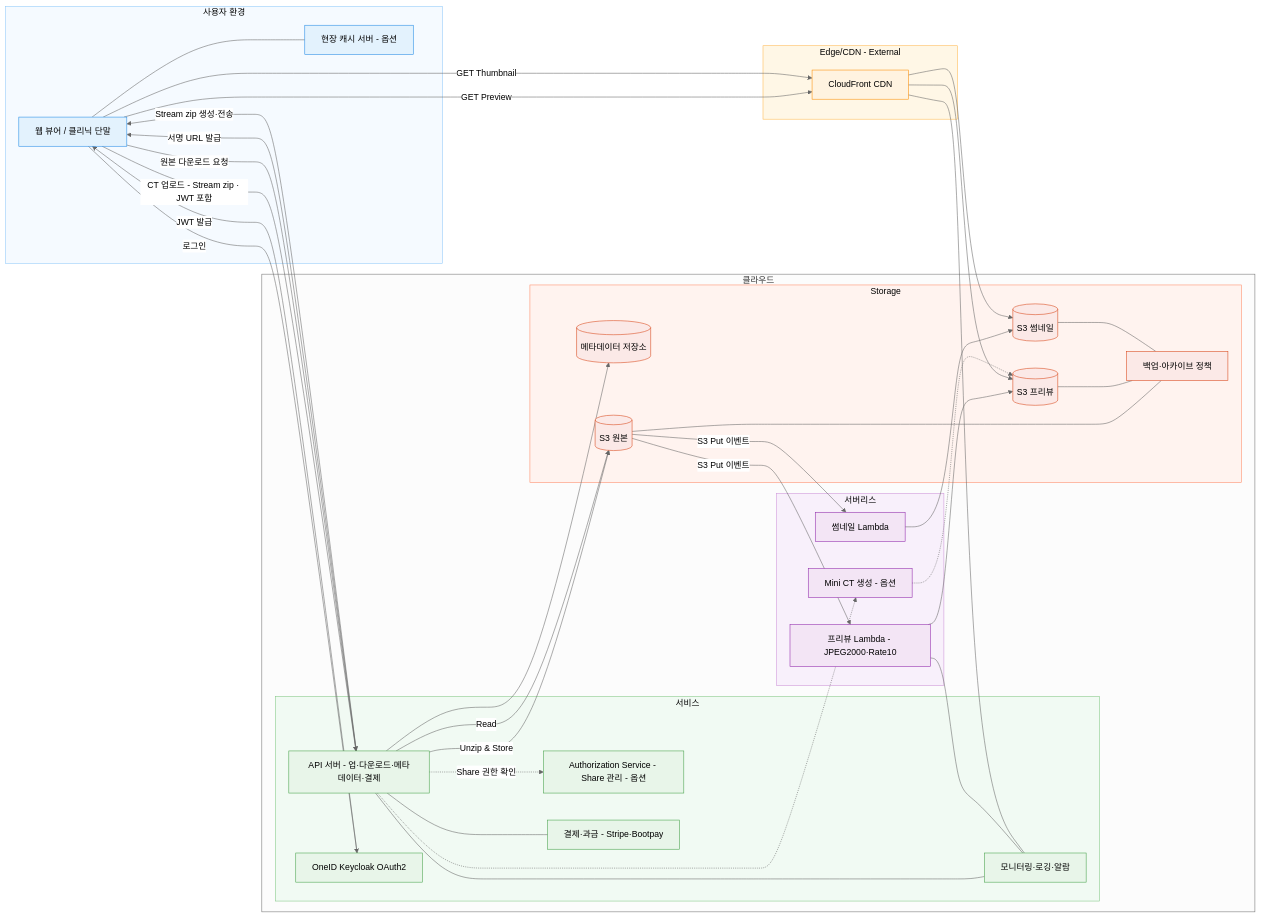
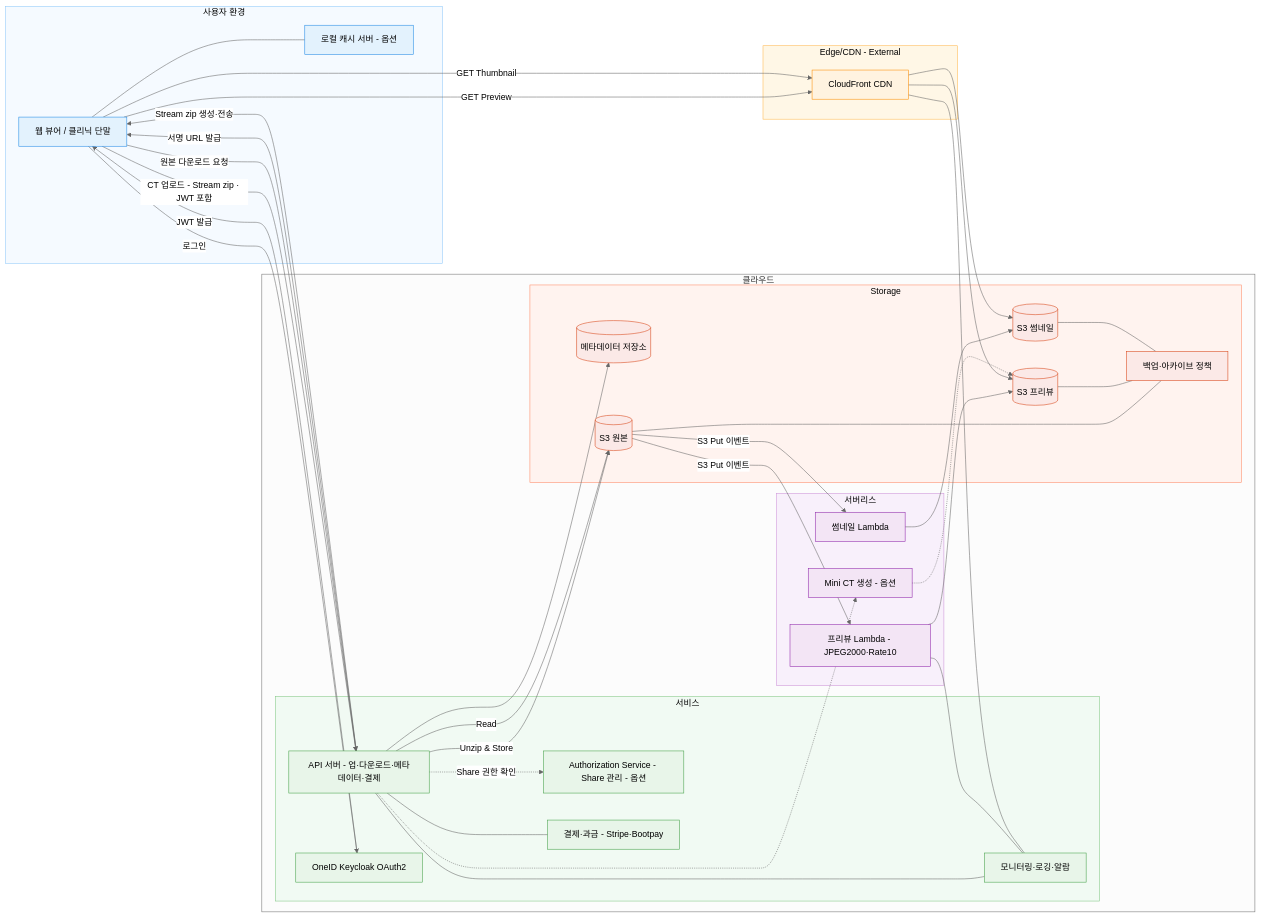
The diagram in docs/SCP Cloud Server 연구/SCP Cloud Server 분석 설계/SPC Cloud Server 연구.md (gracegyu/scp-architecture), drawn with Mermaid (neutral theme) before and after one commit. The commit also changed other lines of this file and 3 other files, not shown here.

```diff
--- a/docs/SCP Cloud Server 연구/SCP Cloud Server 분석 설계/SPC Cloud Server 연구.md
+++ b/docs/SCP Cloud Server 연구/SCP Cloud Server 분석 설계/SPC Cloud Server 연구.md
@@ -32,7 +32,7 @@
 
   subgraph User[사용자 환경]
     Client[웹 뷰어 / 클리닉 단말]
-    Cache[현장 캐시 서버 - 옵션]
+    Cache[로컬 캐시 서버 - 옵션]
     Client --- Cache
   end
 
```
